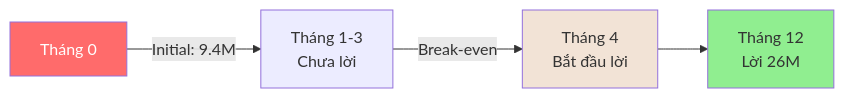
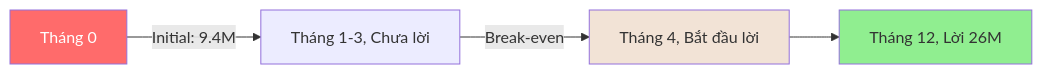
One commit to namnd0806/automation-testing-cource changed the fifth of 11 diagrams in 01-automation-testing-fundamentals.md. Above: the diagram before and after it, drawn with Mermaid. The commit also changed other lines of this file and 4 other files, not shown here.

First line of the commit message:
Fix: Sửa tất cả sơ đồ Mermaid lỗi format

````diff
--- a/01-automation-testing-fundamentals.md
+++ b/01-automation-testing-fundamentals.md
@@ -437,10 +437,10 @@
 ```mermaid
 graph LR
-    A[Tháng 0] -->|Initial: 9.4M| B[Tháng 1-3<br/>Chưa lời]
-    B -->|Break-even| C[Tháng 4<br/>Bắt đầu lời]
-    C --> D[Tháng 12<br/>Lời 26M]
+    A[Tháng 0] -->|Initial: 9.4M| B[Tháng 1-3, Chưa lời]
+    B -->|Break-even| C[Tháng 4, Bắt đầu lời]
+    C --> D[Tháng 12, Lời 26M]
     
     style A fill:#FF6B6B,color:#fff
     style C fill:#F2E3D6
     style D fill:#90EE90
 ```
````
